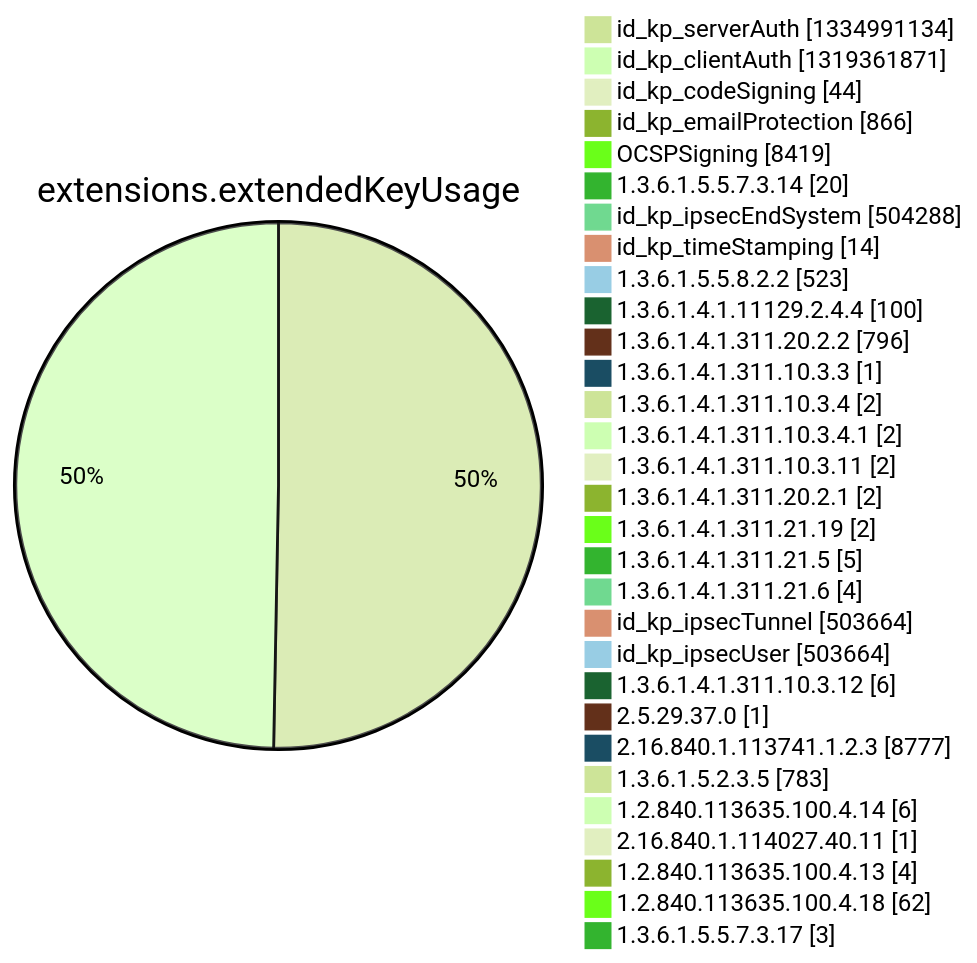
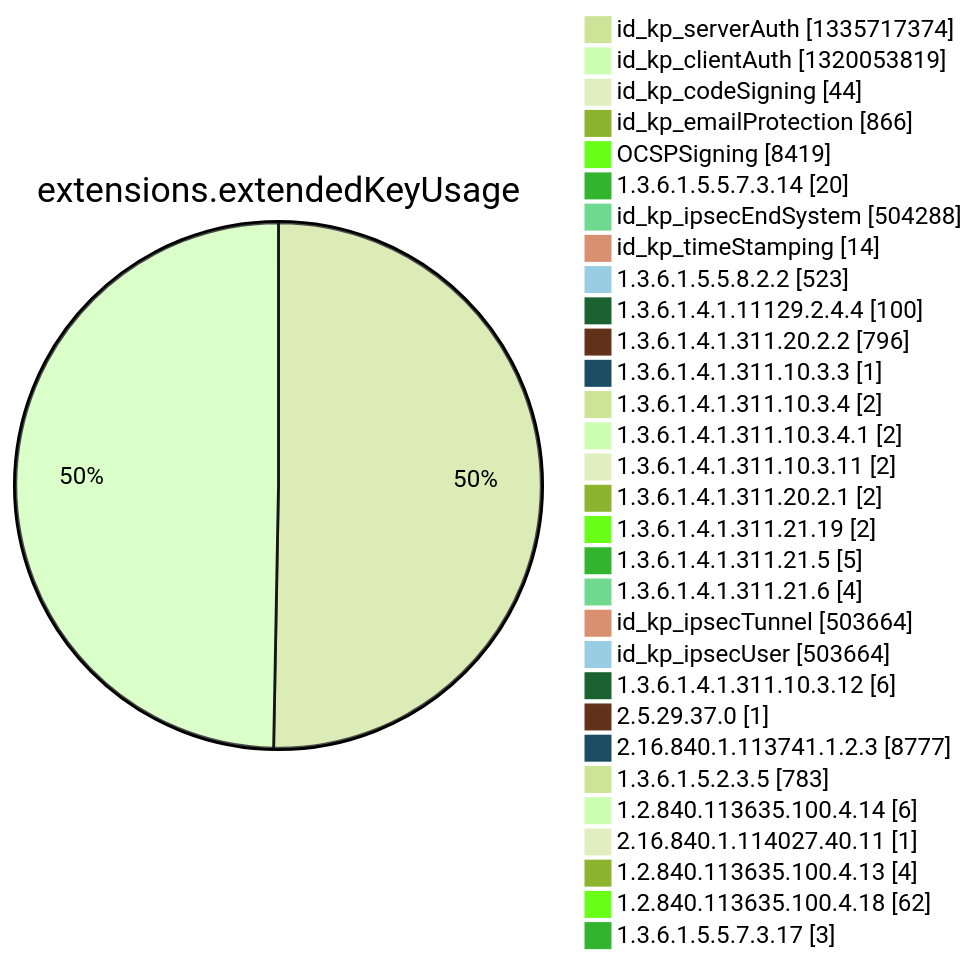
Diagram 12 of 15 in argon2022/README.md (christiankrug/ctmonitor_visualization), drawn with Mermaid (forest theme) before and after one commit. The commit also changed other lines of this file, not shown here.

````diff
--- a/argon2022/README.md
+++ b/argon2022/README.md
@@ -3553,34 +3553,34 @@
 ```mermaid
 pie showData
 title extensions.extendedKeyUsage
-"id_kp_serverAuth" :1334991134
-"id_kp_clientAuth" :1319361871
+"id_kp_serverAuth" :1335717374
+"id_kp_clientAuth" :1320053819
 "id_kp_codeSigning" :44
 "id_kp_emailProtection" :866
 "OCSPSigning" :8419
 "1.3.6.1.5.5.7.3.14" :20
 "id_kp_ipsecEndSystem" :504288
 "id_kp_timeStamping" :14
 "1.3.6.1.5.5.8.2.2" :523
 "1.3.6.1.4.1.11129.2.4.4" :100
 "1.3.6.1.4.1.311.20.2.2" :796
 "1.3.6.1.4.1.311.10.3.3" :1
 "1.3.6.1.4.1.311.10.3.4" :2
 "1.3.6.1.4.1.311.10.3.4.1" :2
 "1.3.6.1.4.1.311.10.3.11" :2
 "1.3.6.1.4.1.311.20.2.1" :2
 "1.3.6.1.4.1.311.21.19" :2
 "1.3.6.1.4.1.311.21.5" :5
 "1.3.6.1.4.1.311.21.6" :4
 "id_kp_ipsecTunnel" :503664
 "id_kp_ipsecUser" :503664
 "1.3.6.1.4.1.311.10.3.12" :6
 "2.5.29.37.0" :1
 "2.16.840.1.113741.1.2.3" :8777
 "1.3.6.1.5.2.3.5" :783
 "1.2.840.113635.100.4.14" :6
 "2.16.840.1.114027.40.11" :1
 "1.2.840.113635.100.4.13" :4
 "1.2.840.113635.100.4.18" :62
 "1.3.6.1.5.5.7.3.17" :3
 ```
````
